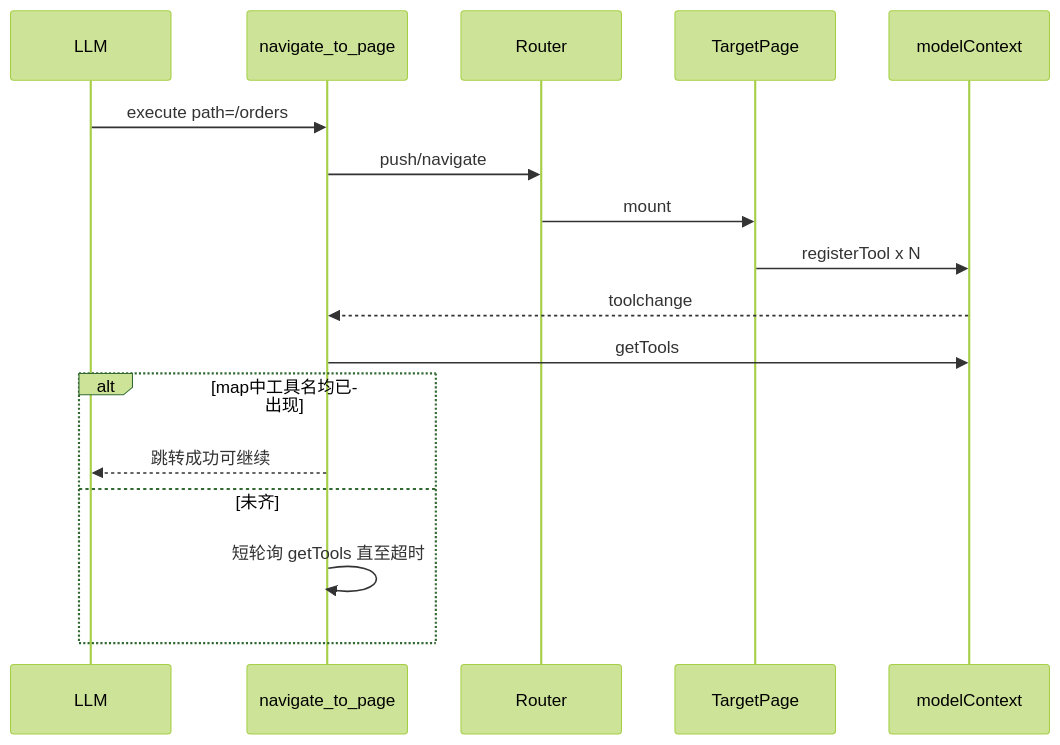
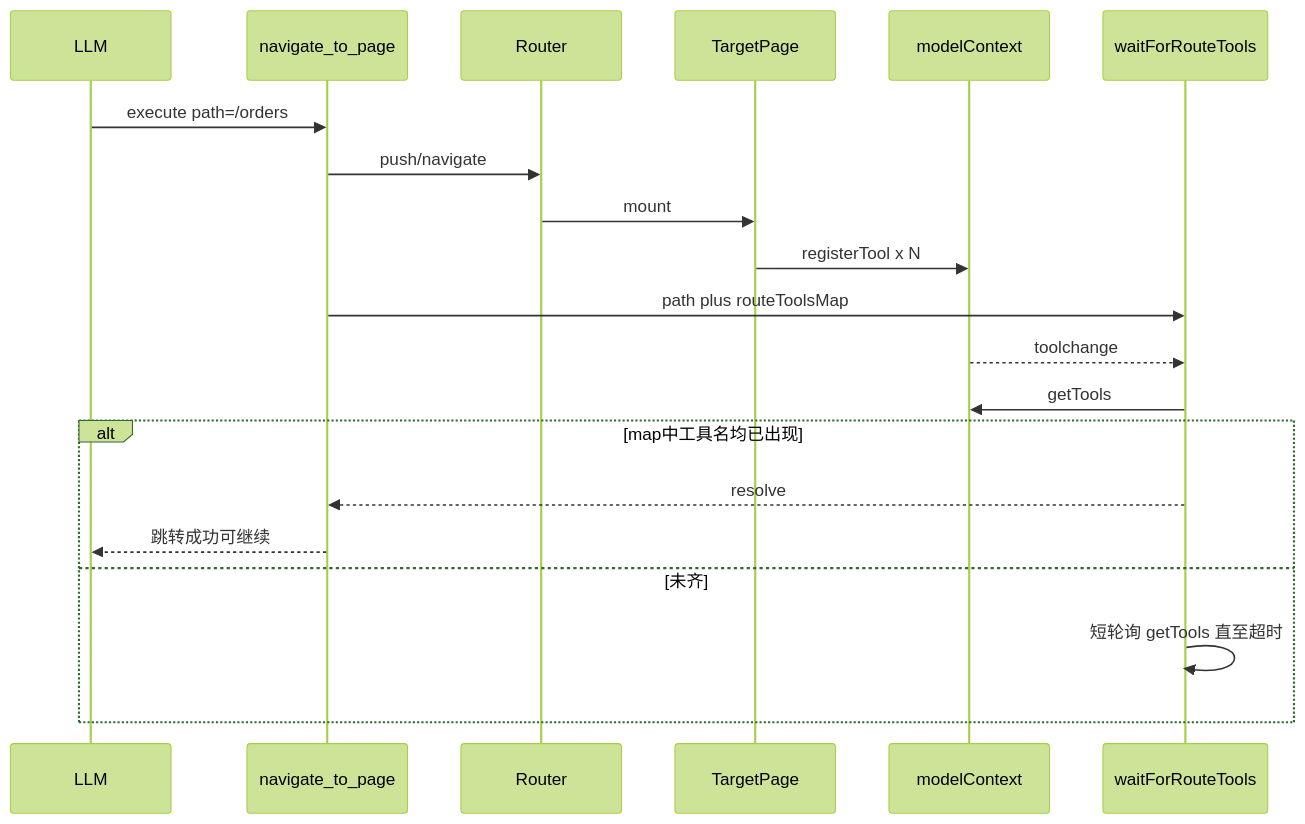
The diagram in packages/next-sdk/specs/REQ-20260721-remove-set-navigator/design.md (opentiny/webmcp-sdk), drawn with Mermaid (forest theme) before and after one commit. The commit also changed other lines of this file and 14 other files, not shown here.

````diff
--- a/packages/next-sdk/specs/REQ-20260721-remove-set-navigator/design.md
+++ b/packages/next-sdk/specs/REQ-20260721-remove-set-navigator/design.md
@@ -44,20 +48,23 @@
 ```mermaid
 sequenceDiagram
   participant LLM
   participant NavTool as navigate_to_page
   participant Router
   participant Page as TargetPage
   participant MC as modelContext
+  participant Wait as waitForRouteTools
 
   LLM->>NavTool: execute path=/orders
   NavTool->>Router: push/navigate
   Router->>Page: mount
   Page->>MC: registerTool x N
-  MC-->>NavTool: toolchange
-  NavTool->>MC: getTools
+  NavTool->>Wait: path plus routeToolsMap
+  MC-->>Wait: toolchange
+  Wait->>MC: getTools
   alt map中工具名均已出现
+    Wait-->>NavTool: resolve
     NavTool-->>LLM: 跳转成功可继续
   else 未齐
-    NavTool->>NavTool: 短轮询 getTools 直至超时
+    Wait->>Wait: 短轮询 getTools 直至超时
   end
 ```
````
